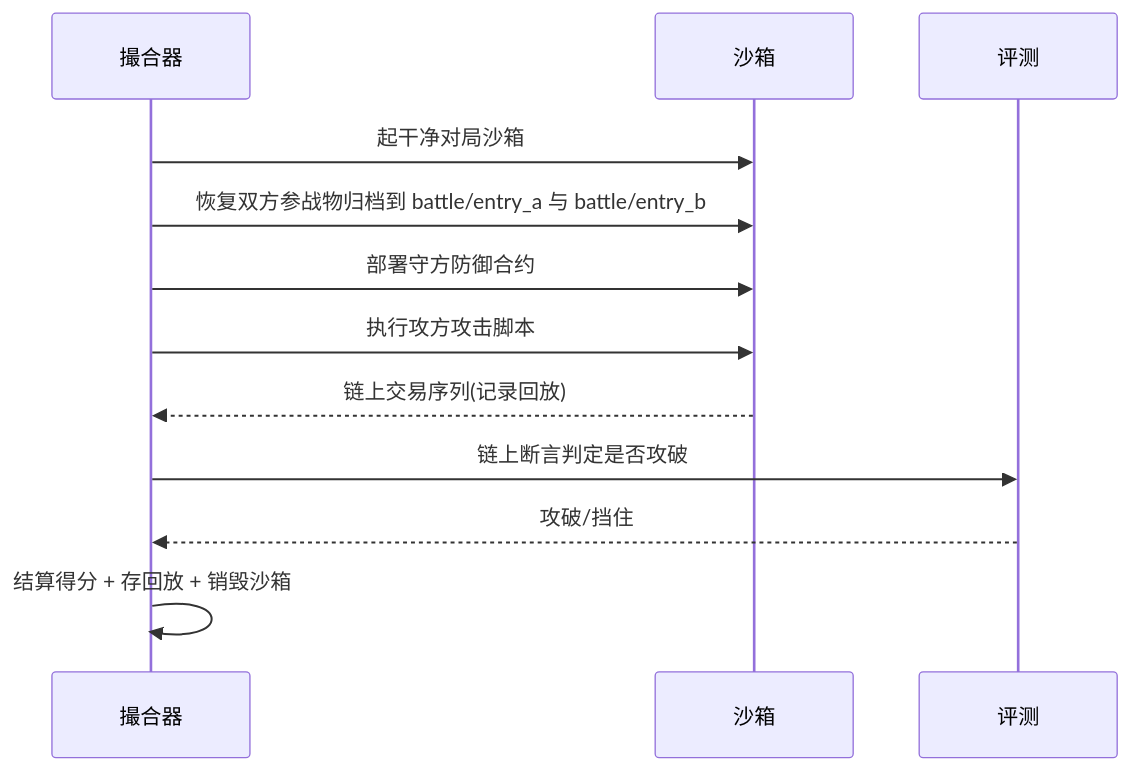
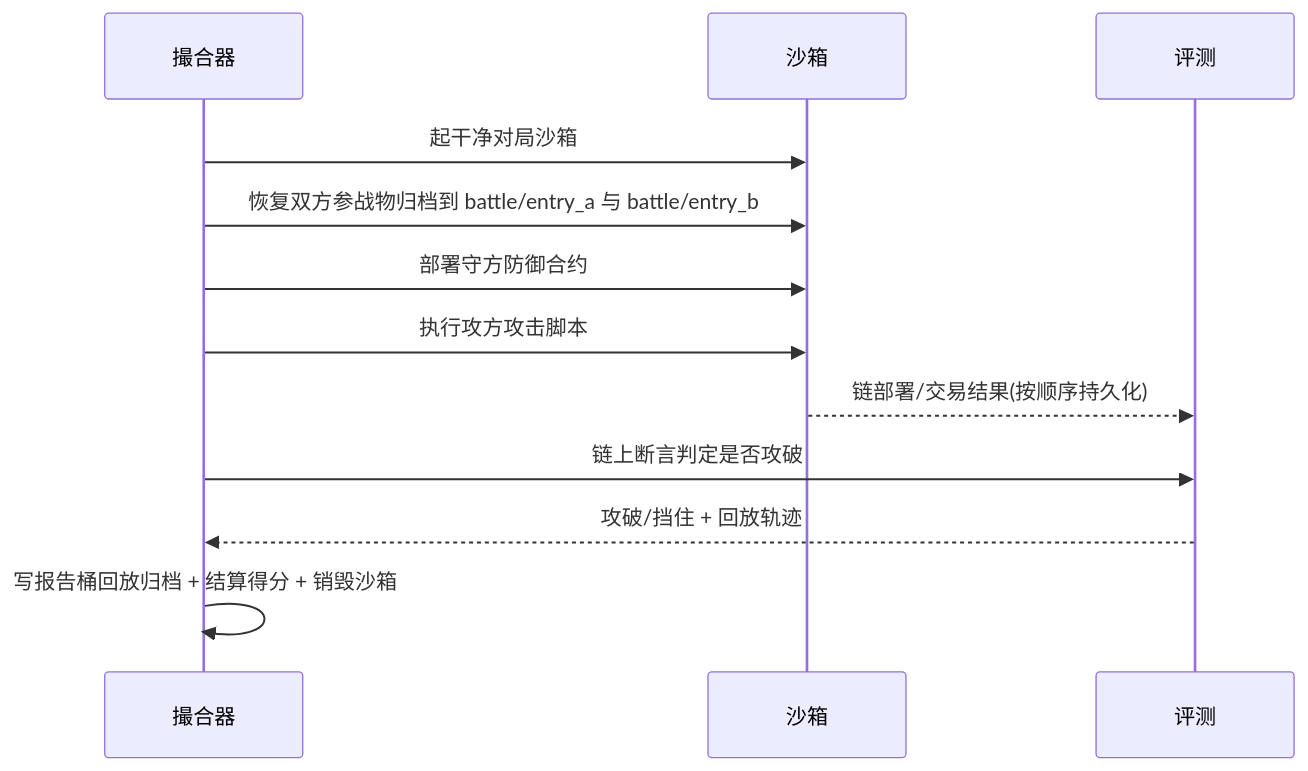
One commit to menghuishisan/CHAIMIR changed the fifth of 8 diagrams in docs/08-竞赛/05-业务流程与状态机.md. Above: the diagram before and after it, drawn with Mermaid. The commit also changed other lines of this file and 181 other files, not shown here.

````diff
--- a/docs/08-竞赛/05-业务流程与状态机.md
+++ b/docs/08-竞赛/05-业务流程与状态机.md
@@ -88,14 +88,14 @@
 ```mermaid
 sequenceDiagram
     participant Sched as 撮合器
     participant M2 as 沙箱
     participant M3 as 评测
     Sched->>M2: 起干净对局沙箱
     Sched->>M2: 恢复双方参战物归档到 battle/entry_a 与 battle/entry_b
     Sched->>M2: 部署守方防御合约
     Sched->>M2: 执行攻方攻击脚本
-    M2-->>Sched: 链上交易序列(记录回放)
+    M2-->>M3: 链部署/交易结果(按顺序持久化)
     Sched->>M3: 链上断言判定是否攻破
-    M3-->>Sched: 攻破/挡住
-    Sched->>Sched: 结算得分 + 存回放 + 销毁沙箱
+    M3-->>Sched: 攻破/挡住 + 回放轨迹
+    Sched->>Sched: 写报告桶回放归档 + 结算得分 + 销毁沙箱
 ```
````
